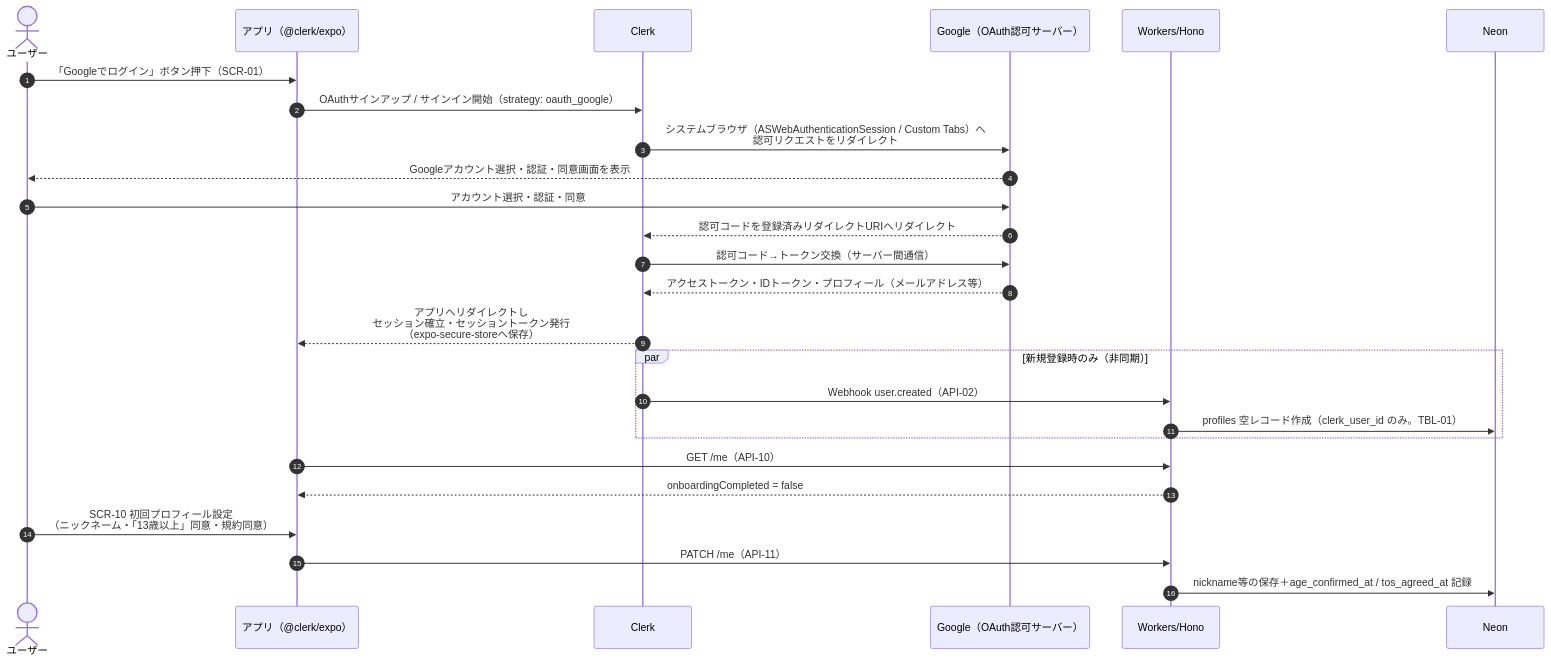
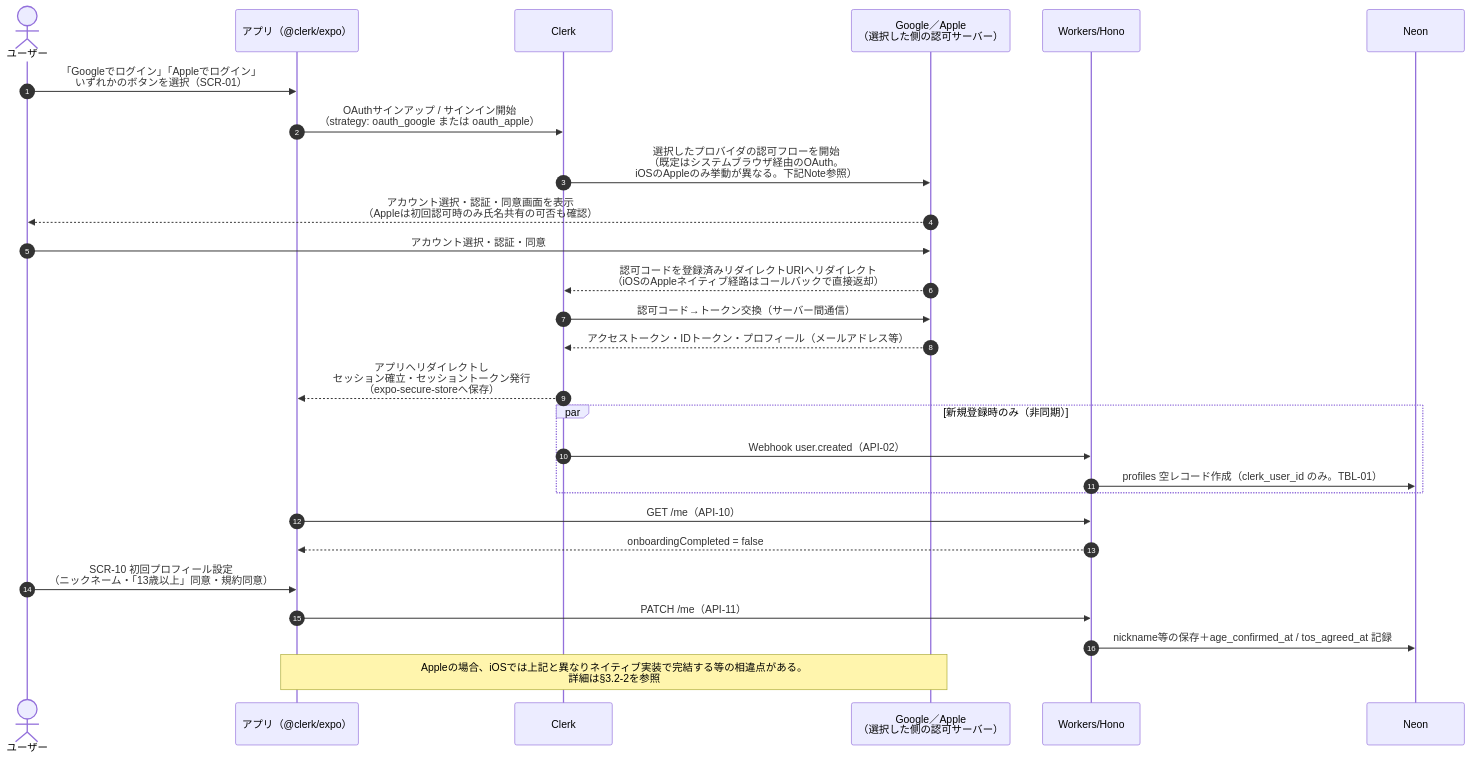
One commit to yasudaProduct/machibin changed the second of 3 diagrams in docs/10_auth_design.md. Above: the diagram before and after it, drawn with Mermaid. The commit also changed other lines of this file and 7 other files, not shown here.

````diff
--- a/docs/10_auth_design.md
+++ b/docs/10_auth_design.md
@@ -109,29 +113,31 @@
 ```mermaid
 sequenceDiagram
     autonumber
     actor U as ユーザー
     participant App as アプリ（@clerk/expo）
     participant Clerk as Clerk
-    participant Google as Google（OAuth認可サーバー）
+    participant Provider as Google／Apple<br/>（選択した側の認可サーバー）
     participant API as Workers/Hono
     participant DB as Neon
 
-    U->>App: 「Googleでログイン」ボタン押下（SCR-01）
-    App->>Clerk: OAuthサインアップ / サインイン開始（strategy: oauth_google）
-    Clerk->>Google: システムブラウザ（ASWebAuthenticationSession / Custom Tabs）へ<br/>認可リクエストをリダイレクト
-    Google-->>U: Googleアカウント選択・認証・同意画面を表示
-    U->>Google: アカウント選択・認証・同意
-    Google-->>Clerk: 認可コードを登録済みリダイレクトURIへリダイレクト
-    Clerk->>Google: 認可コード→トークン交換（サーバー間通信）
-    Google-->>Clerk: アクセストークン・IDトークン・プロフィール（メールアドレス等）
+    U->>App: 「Googleでログイン」「Appleでログイン」<br/>いずれかのボタンを選択（SCR-01）
+    App->>Clerk: OAuthサインアップ / サインイン開始<br/>（strategy: oauth_google または oauth_apple）
+    Clerk->>Provider: 選択したプロバイダの認可フローを開始<br/>（既定はシステムブラウザ経由のOAuth。<br/>iOSのAppleのみ挙動が異なる。下記Note参照）
+    Provider-->>U: アカウント選択・認証・同意画面を表示<br/>（Appleは初回認可時のみ氏名共有の可否も確認）
+    U->>Provider: アカウント選択・認証・同意
+    Provider-->>Clerk: 認可コードを登録済みリダイレクトURIへリダイレクト<br/>（iOSのAppleネイティブ経路はコールバックで直接返却）
+    Clerk->>Provider: 認可コード→トークン交換（サーバー間通信）
+    Provider-->>Clerk: アクセストークン・IDトークン・プロフィール（メールアドレス等）
     Clerk-->>App: アプリへリダイレクトし<br/>セッション確立・セッショントークン発行<br/>（expo-secure-storeへ保存）
     par 新規登録時のみ（非同期）
         Clerk->>API: Webhook user.created（API-02）
         API->>DB: profiles 空レコード作成（clerk_user_id のみ。TBL-01）
     end
     App->>API: GET /me（API-10）
     API-->>App: onboardingCompleted = false
     U->>App: SCR-10 初回プロフィール設定<br/>（ニックネーム・「13歳以上」同意・規約同意）
     App->>API: PATCH /me（API-11）
     API->>DB: nickname等の保存＋age_confirmed_at / tos_agreed_at 記録
+
+    Note over App,Provider: Appleの場合、iOSでは上記と異なりネイティブ実装で完結する等の相違点がある。<br/>詳細は§3.2-2を参照
 ```
````
